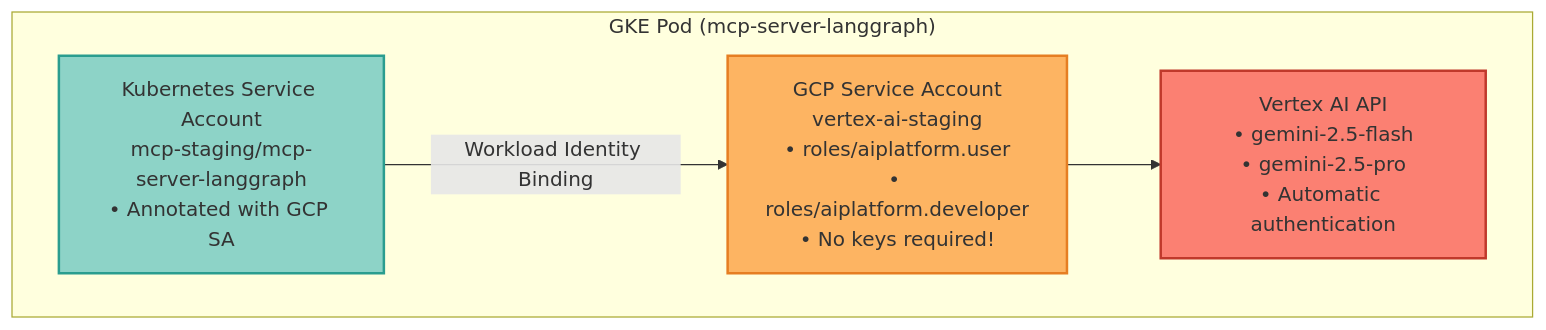
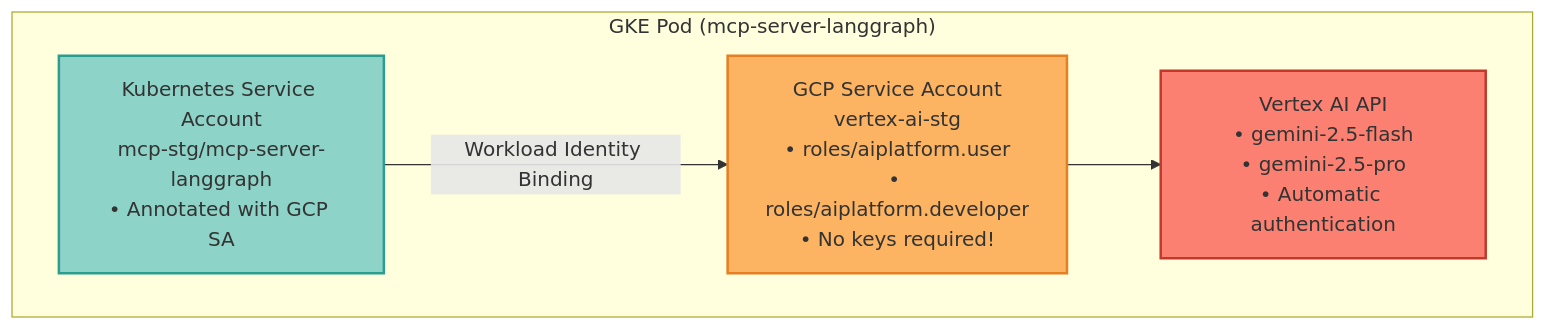
The first of 2 diagrams in docs/deployment/vertex-ai-workload-identity.mdx (vishnu2kmohan/mcp-server-langgraph), drawn with Mermaid before and after one commit. The commit also changed other lines of this file and 500 other files, not shown here.

````diff
--- a/docs/deployment/vertex-ai-workload-identity.mdx
+++ b/docs/deployment/vertex-ai-workload-identity.mdx
@@ -21,19 +21,19 @@
 ```mermaid
 %% ColorBrewer2 Set3 palette - each component type uniquely colored
 flowchart TB
     subgraph Pod["GKE Pod (mcp-server-langgraph)"]
-        K8sSA[Kubernetes Service Account<br/>mcp-staging/mcp-server-langgraph<br/>• Annotated with GCP SA]
+        K8sSA[Kubernetes Service Account<br/>mcp-stg/mcp-server-langgraph<br/>• Annotated with GCP SA]
 
-        K8sSA -->|Workload Identity Binding| GCPSA[GCP Service Account<br/>vertex-ai-staging<br/>• roles/aiplatform.user<br/>• roles/aiplatform.developer<br/>• No keys required!]
+        K8sSA -->|Workload Identity Binding| GCPSA[GCP Service Account<br/>vertex-ai-stg<br/>• roles/aiplatform.user<br/>• roles/aiplatform.developer<br/>• No keys required!]
 
         GCPSA --> VertexAI[Vertex AI API<br/>• gemini-2.5-flash<br/>• gemini-2.5-pro<br/>• Automatic authentication]
     end
 
     classDef k8sStyle fill:#8dd3c7,stroke:#2a9d8f,stroke-width:2px,color:#333
     classDef gcpStyle fill:#fdb462,stroke:#e67e22,stroke-width:2px,color:#333
     classDef apiStyle fill:#fb8072,stroke:#c0392b,stroke-width:2px,color:#333
 
     class K8sSA k8sStyle
     class GCPSA gcpStyle
     class VertexAI apiStyle
 ```
````
